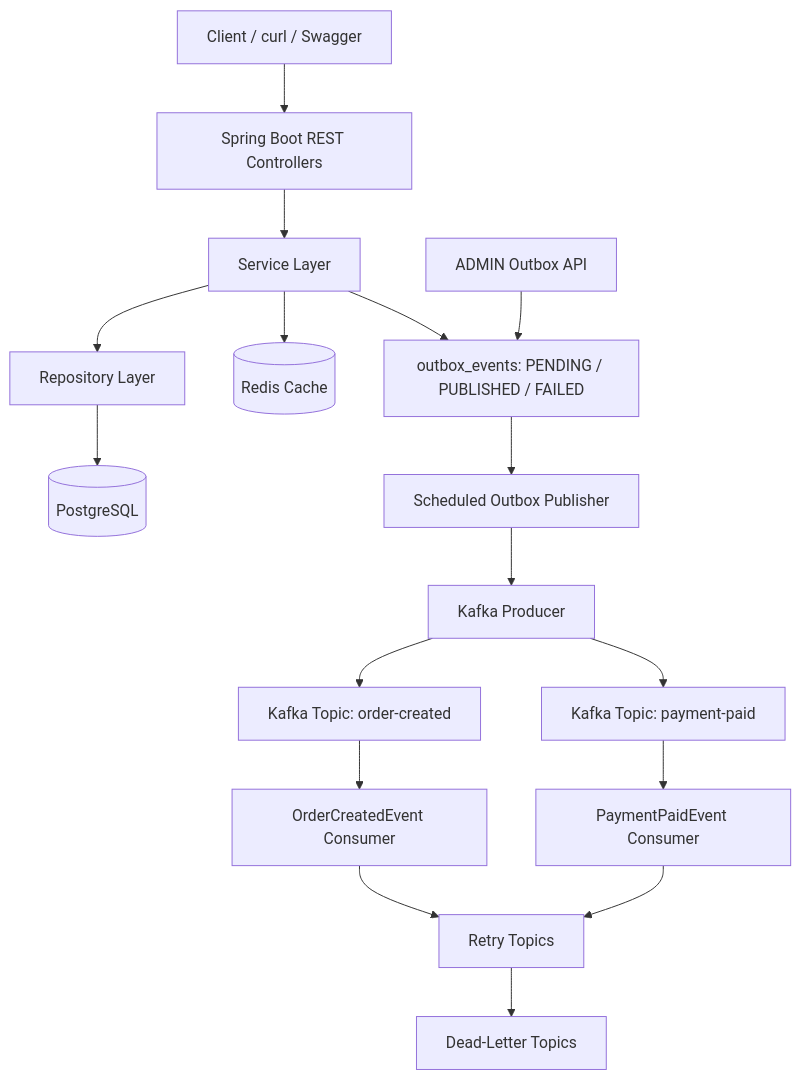
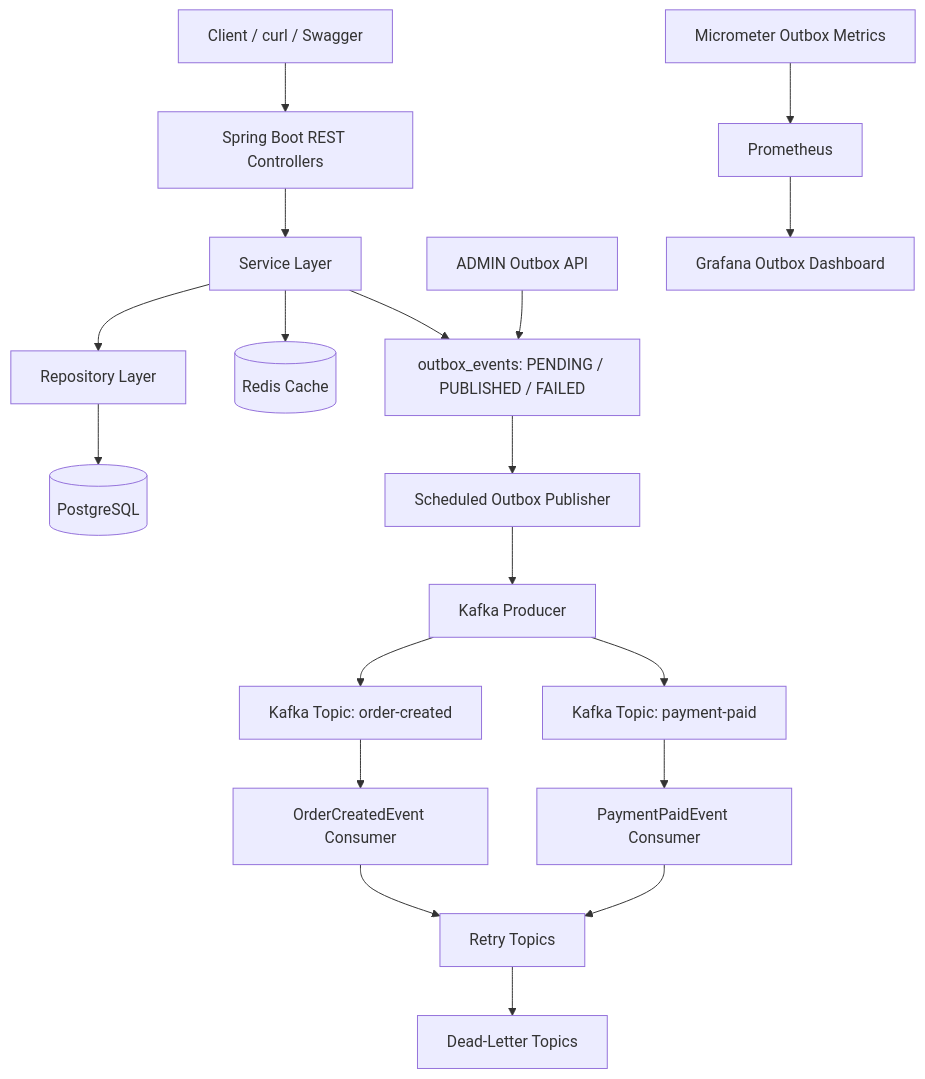
The third of 3 diagrams in README.md (ravan-chuang/spring-boot-ecommerce-backend), drawn with Mermaid before and after one commit. The commit also changed other lines of this file and 7 other files, not shown here.

Commit message:
feat: add prometheus grafana observability

````diff
--- a/README.md
+++ b/README.md
@@ -508,24 +563,27 @@
 ```mermaid
 flowchart TD
     Client[Client / curl / Swagger] --> Controller[Spring Boot REST Controllers]
     Controller --> Service[Service Layer]
     Service --> Repository[Repository Layer]
     Repository --> PostgreSQL[(PostgreSQL)]
 
     Service --> Redis[(Redis Cache)]
     Service --> Outbox[outbox_events: PENDING / PUBLISHED / FAILED]
 
     Outbox --> Publisher[Scheduled Outbox Publisher]
     Publisher --> Producer[Kafka Producer]
     Producer --> OrderTopic[Kafka Topic: order-created]
     Producer --> PaymentTopic[Kafka Topic: payment-paid]
 
     OrderTopic --> OrderConsumer[OrderCreatedEvent Consumer]
     PaymentTopic --> PaymentConsumer[PaymentPaidEvent Consumer]
 
     OrderConsumer --> RetryTopic[Retry Topics]
     PaymentConsumer --> RetryTopic
     RetryTopic --> DLT[Dead-Letter Topics]
 
     Admin[ADMIN Outbox API] --> Outbox
+
+    AppMetrics[Micrometer Outbox Metrics] --> Prometheus[Prometheus]
+    Prometheus --> Grafana[Grafana Outbox Dashboard]
 ```
````
